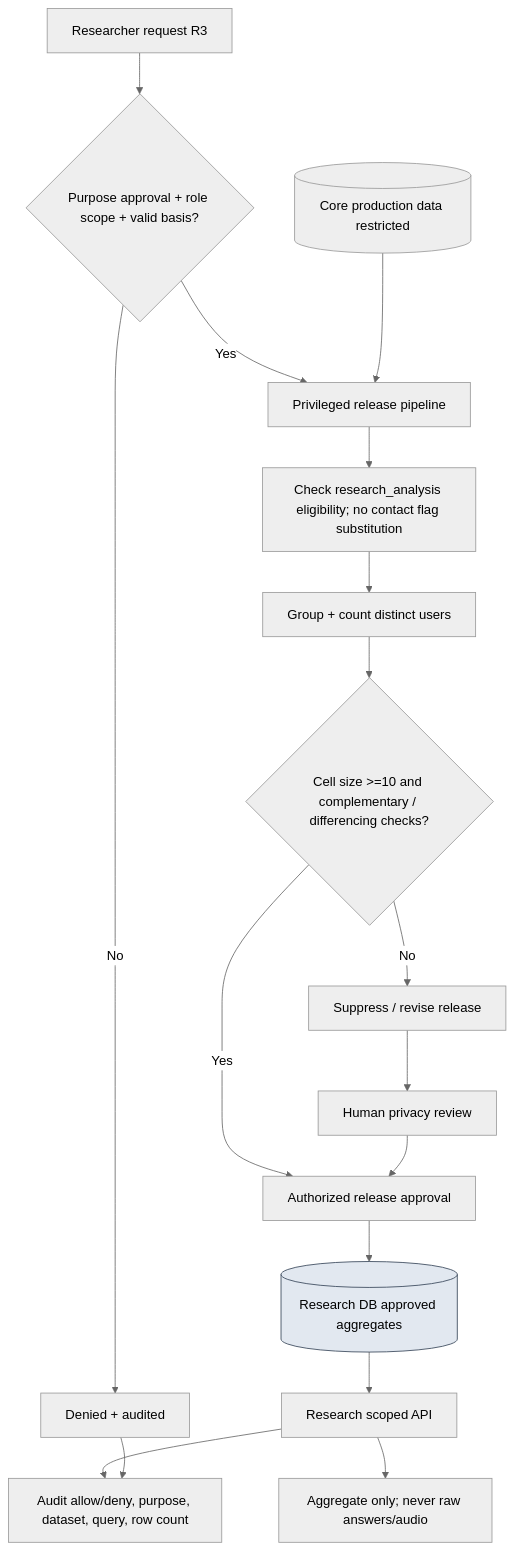
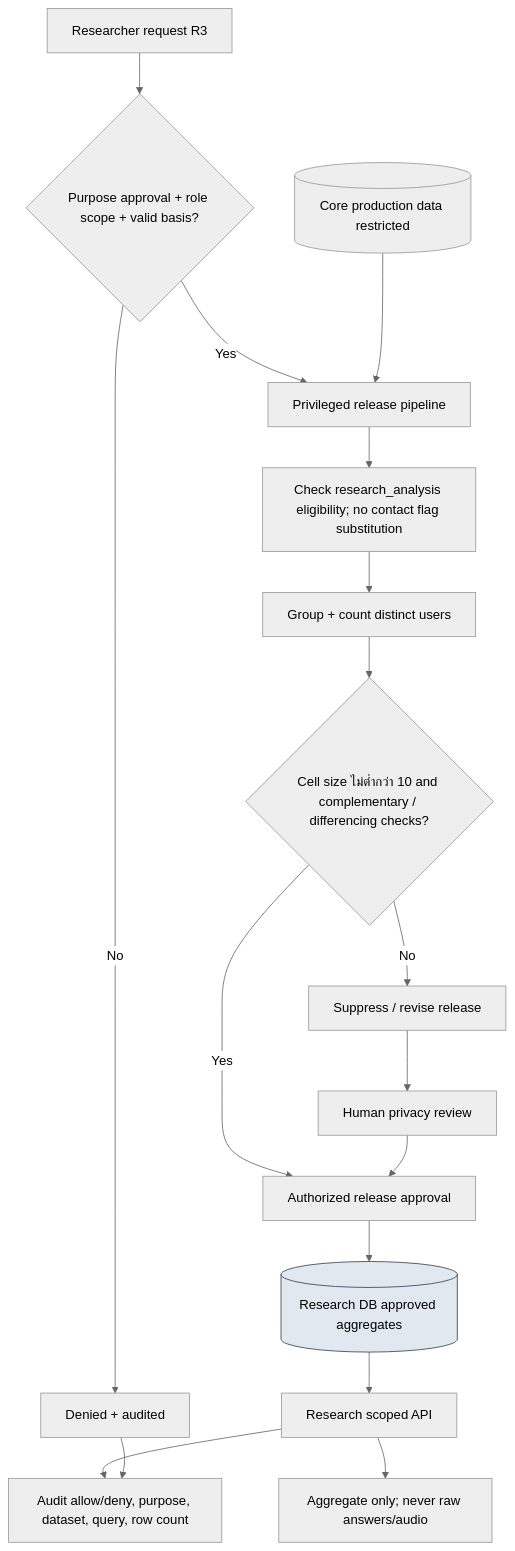
Before and after one commit to Phoomss/interviewx-datahub: diagram 13 of 19 in docs-interviex/03_SRS_Requirements/archive/v1.0_baseline/ALL_DIAGRAMS.md, drawn with Mermaid (neutral theme). The commit also changed other lines of this file and 21 other files, not shown here.

Commit message:
fix error Unable to render rich display for all diagram

````diff
--- a/docs-interviex/03_SRS_Requirements/archive/v1.0_baseline/ALL_DIAGRAMS.md
+++ b/docs-interviex/03_SRS_Requirements/archive/v1.0_baseline/ALL_DIAGRAMS.md
@@ -393,21 +393,21 @@
 ```mermaid
 flowchart TD
  Request[Researcher request R3] --> Gate{Purpose approval + role scope + valid basis?}
  Gate -->|No| Deny[Denied + audited]
  Gate -->|Yes| Pipeline[Privileged release pipeline]
  Source[(Core production data restricted)] --> Pipeline
  Pipeline --> Eligibility[Check research_analysis eligibility; no contact flag substitution]
  Eligibility --> Aggregate[Group + count distinct users]
- Aggregate --> Risk{Cell size >=10 and complementary / differencing checks?}
+ Aggregate --> Risk{Cell size ไม่ต่ำกว่า 10 and complementary / differencing checks?}
  Risk -->|No| Suppress[Suppress / revise release]
  Risk -->|Yes| Approve[Authorized release approval]
  Suppress --> Review[Human privacy review]
  Review --> Approve
  Approve --> Store[(Research DB approved aggregates)]
  Store --> API[Research scoped API]
  API --> Result[Aggregate only; never raw answers/audio]
  API --> Log[Audit allow/deny, purpose, dataset, query, row count]
  Deny --> Log
  classDef secure fill:#e2e8f0,stroke:#334155
  class Store secure
 ```
````
